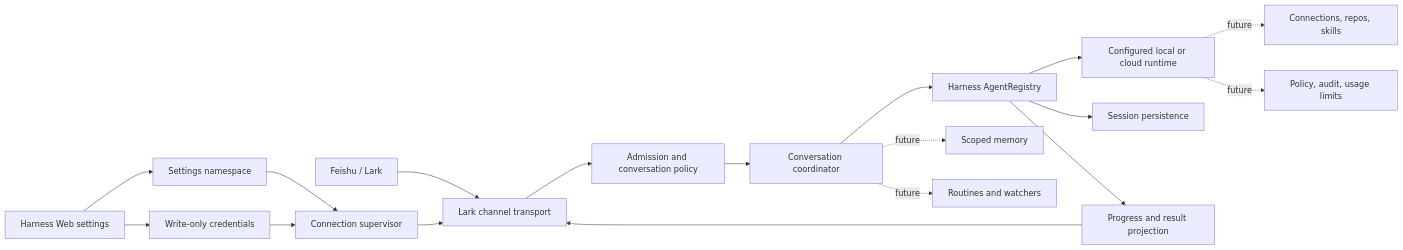
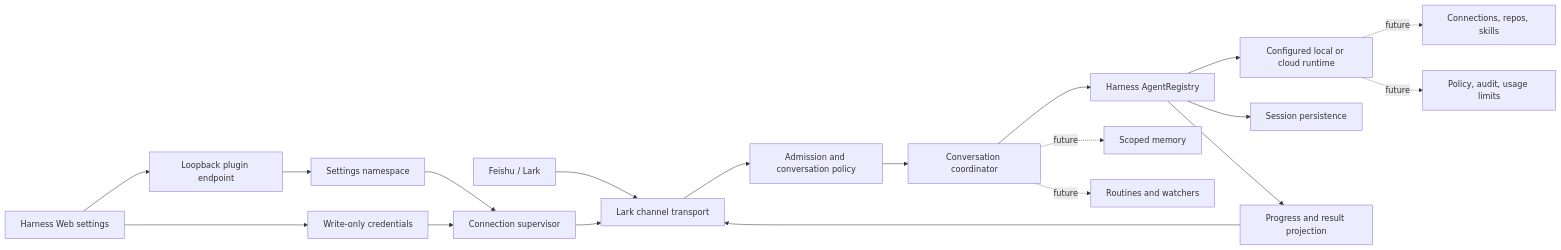
Before and after one commit to KehaoC/deepseek-tag: the diagram in docs/claude-tag-parity.md, drawn with Mermaid. The commit also changed other lines of this file and 9 other files, not shown here.

Commit message:
fix: expose plugin settings through loopback route

````diff
--- a/docs/claude-tag-parity.md
+++ b/docs/claude-tag-parity.md
@@ -13,22 +13,23 @@
 ```mermaid
 flowchart LR
   L["Feishu / Lark"] --> T["Lark channel transport"]
   T --> P["Admission and conversation policy"]
   P --> C["Conversation coordinator"]
   C --> A["Harness AgentRegistry"]
   A --> R["Configured local or cloud runtime"]
   A --> S["Session persistence"]
   A --> O["Progress and result projection"]
   O --> T
 
-  UI["Harness Web settings"] --> CFG["Settings namespace"]
+  UI["Harness Web settings"] --> API["Loopback plugin endpoint"]
+  API --> CFG["Settings namespace"]
   UI --> SEC["Write-only credentials"]
   CFG --> SUP["Connection supervisor"]
   SEC --> SUP
   SUP --> T
 
   C -. future .-> MEM["Scoped memory"]
   C -. future .-> JOB["Routines and watchers"]
   R -. future .-> CONN["Connections, repos, skills"]
   R -. future .-> GOV["Policy, audit, usage limits"]
 ```
````
